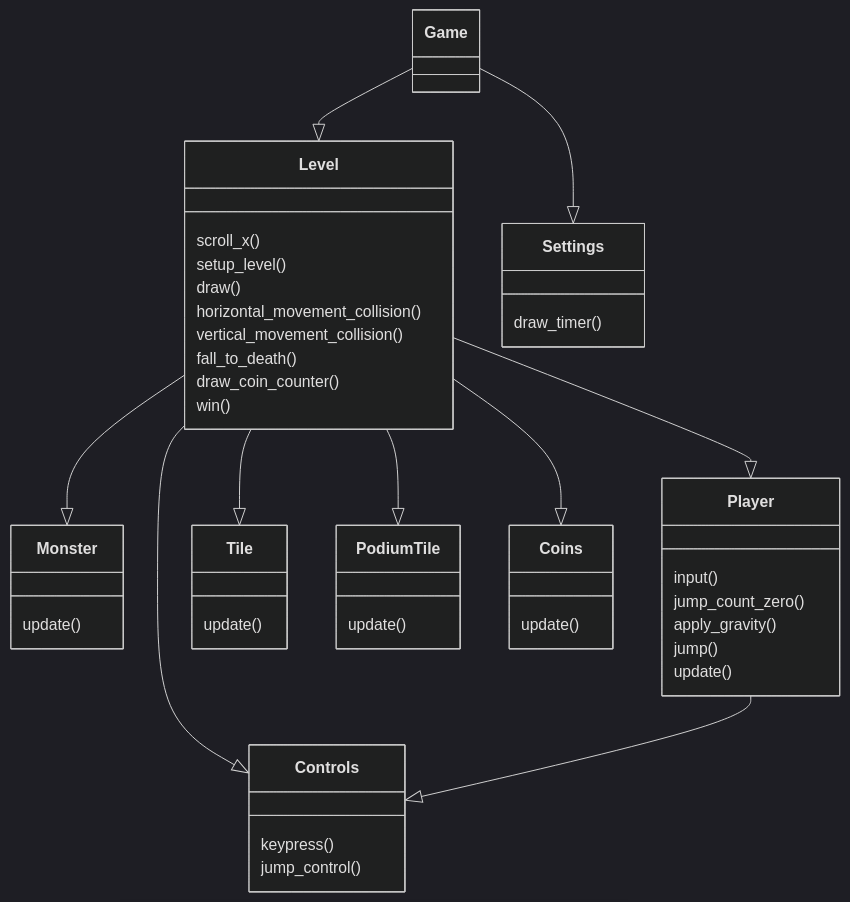
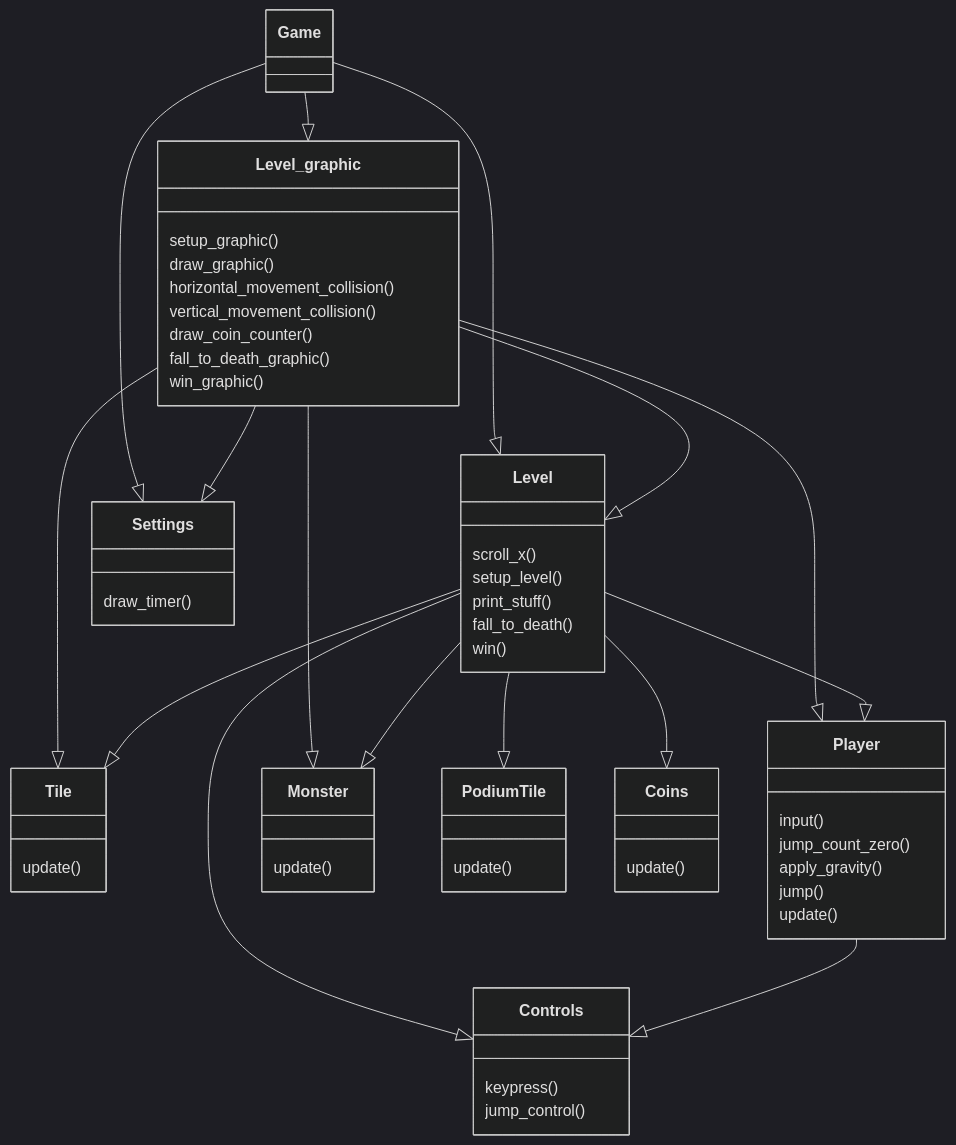
The diagram in Dokumentaatio/arkkitehtuuri.md (mfaarni/ot-harjoitustyo), drawn with Mermaid (dark theme) before and after one commit.

````diff
--- a/Dokumentaatio/arkkitehtuuri.md
+++ b/Dokumentaatio/arkkitehtuuri.md
@@ -1,7 +1,13 @@
 ```mermaid
 classDiagram
   Game--|>Level
+  Game--|>Level_graphic
   Game--|>Settings
+  Level_graphic--|>Level
+  Level_graphic--|>Tile
+  Level_graphic--|>Settings
+  Level_graphic--|>Player
+  Level_graphic--|>Monster
   Level--|>Monster
   Level--|>Player
   Level--|>Tile
@@ -10,14 +16,25 @@
   Level--|>Controls
   Player--|>Controls
 
+
+  class Level_graphic{
+    setup_graphic()
+    draw_graphic()
+    horizontal_movement_collision()
+    vertical_movement_collision()
+    draw_coin_counter()
+    fall_to_death_graphic()
+    win_graphic()
+    
+  
+  }
+  
+  
   class Level{
     scroll_x()
     setup_level()
-    draw()
-    horizontal_movement_collision()
-    vertical_movement_collision()
+    print_stuff()
     fall_to_death()
-    draw_coin_counter()
     win()
 
     
````
